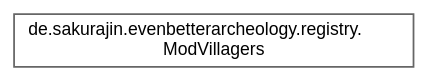
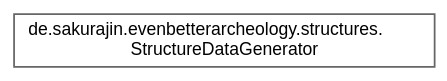
One commit to noah1510/EvenBetterArcheology changed the diagram in inherit_graph_22.dot. Above: the diagram before and after it, drawn with Graphviz. The commit also changed 126 other files, not shown here.

```diff
--- a/inherit_graph_22.dot
+++ b/inherit_graph_22.dot
@@ -1,9 +1,9 @@
 digraph "Graphical Class Hierarchy"
 {
  // LATEX_PDF_SIZE
   bgcolor="transparent";
   edge [fontname=Helvetica,fontsize=10,labelfontname=Helvetica,labelfontsize=10];
   node [fontname=Helvetica,fontsize=10,shape=box,height=0.2,width=0.4];
   rankdir="LR";
-  Node0 [label="de.sakurajin.evenbetterarcheology.registry.\lModVillagers",height=0.2,width=0.4,color="grey40", fillcolor="white", style="filled",URL="$classde_1_1sakurajin_1_1evenbetterarcheology_1_1registry_1_1ModVillagers.html",tooltip=" "];
+  Node0 [label="de.sakurajin.evenbetterarcheology.structures.\lStructureDataGenerator",height=0.2,width=0.4,color="grey40", fillcolor="white", style="filled",URL="$classde_1_1sakurajin_1_1evenbetterarcheology_1_1structures_1_1StructureDataGenerator.html",tooltip=" "];
 }
```
